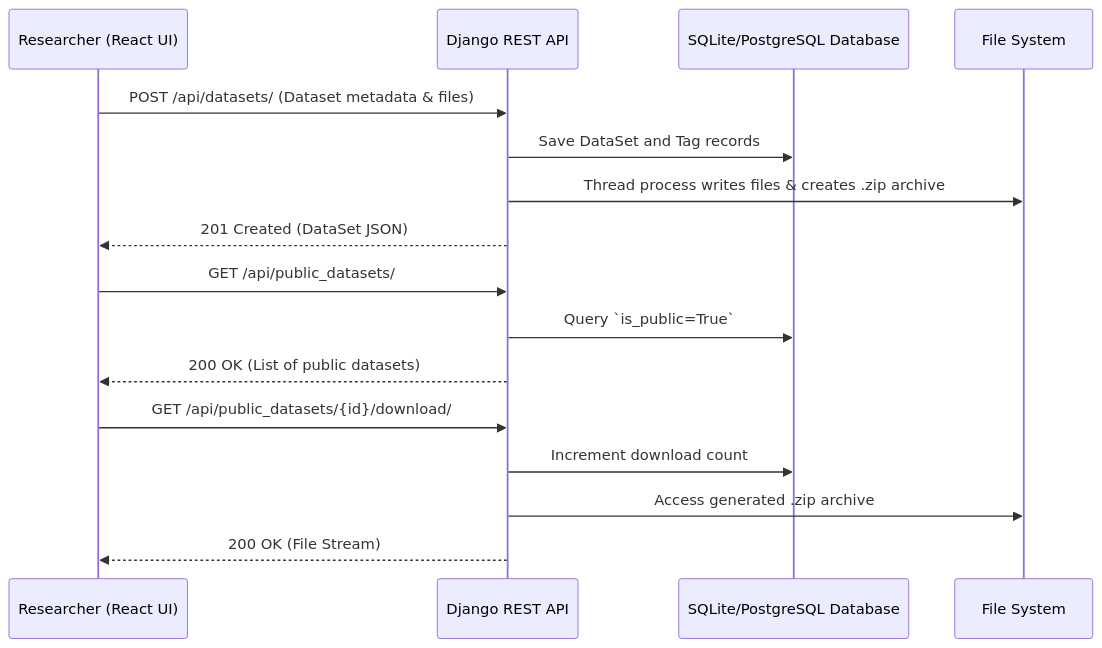
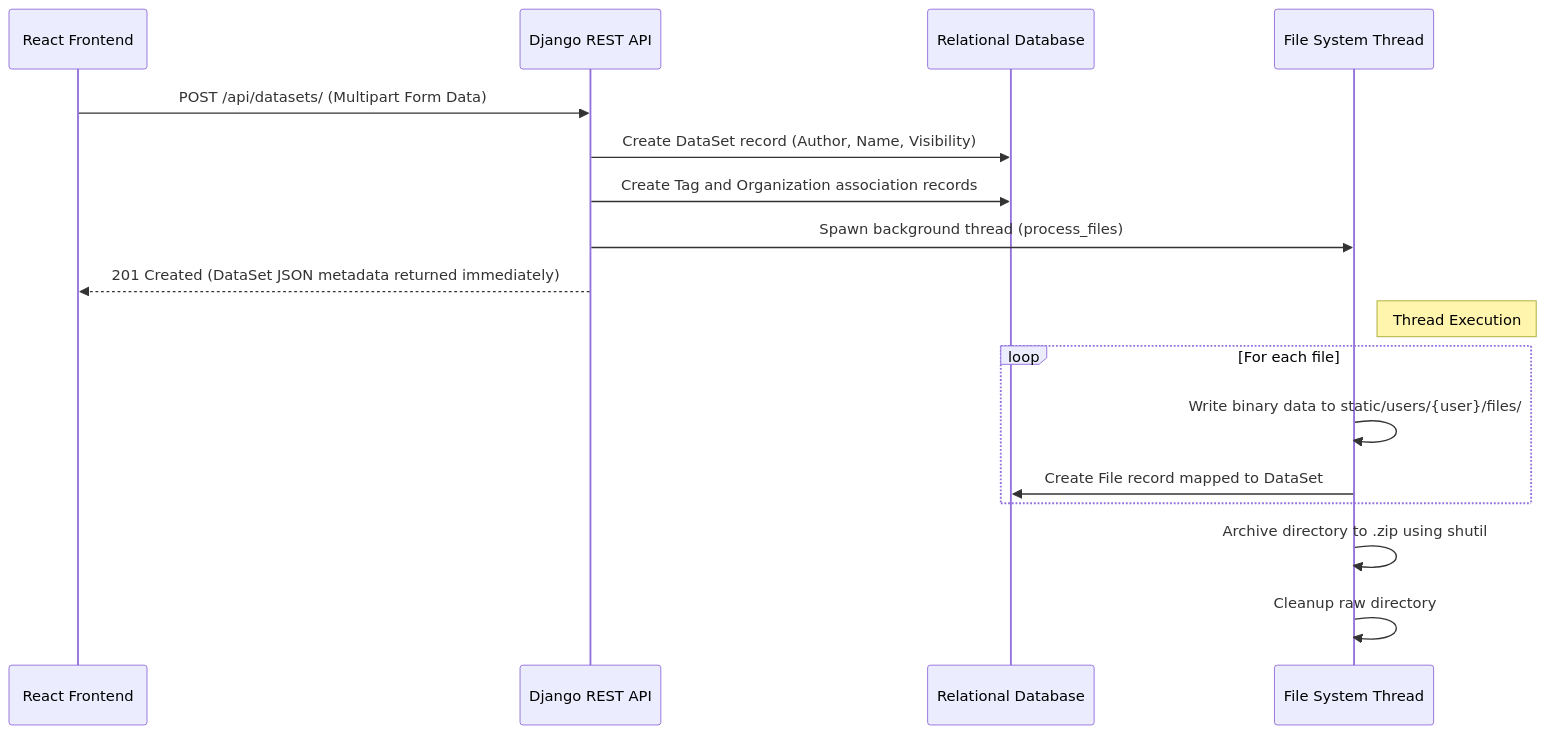
One commit to adhvaitaganesh/pharmadbank changed the first of 2 diagrams in report/MVP_Implementation_Report.md. Above: the diagram before and after it, drawn with Mermaid. The commit also changed other lines of this file, not shown here.

````diff
--- a/report/MVP_Implementation_Report.md
+++ b/report/MVP_Implementation_Report.md
@@ -61,21 +106,21 @@
 ```mermaid
 sequenceDiagram
-    participant Researcher as Researcher (React UI)
+    participant UI as React Frontend
     participant API as Django REST API
-    participant DB as SQLite/PostgreSQL Database
-    participant FS as File System
+    participant DB as Relational Database
+    participant FS as File System Thread
 
-    Researcher->>API: POST /api/datasets/ (Dataset metadata & files)
-    API->>DB: Save DataSet and Tag records
-    API->>FS: Thread process writes files & creates .zip archive
-    API-->>Researcher: 201 Created (DataSet JSON)
+    UI->>API: POST /api/datasets/ (Multipart Form Data)
+    API->>DB: Create DataSet record (Author, Name, Visibility)
+    API->>DB: Create Tag and Organization association records
+    API->>FS: Spawn background thread (process_files)
+    API-->>UI: 201 Created (DataSet JSON metadata returned immediately)
 
-    Researcher->>API: GET /api/public_datasets/
-    API->>DB: Query `is_public=True`
-    API-->>Researcher: 200 OK (List of public datasets)
-
-    Researcher->>API: GET /api/public_datasets/{id}/download/
-    API->>DB: Increment download count
-    API->>FS: Access generated .zip archive
-    API-->>Researcher: 200 OK (File Stream)
+    Note right of FS: Thread Execution
+    loop For each file
+        FS->>FS: Write binary data to static/users/{user}/files/
+        FS->>DB: Create File record mapped to DataSet
+    end
+    FS->>FS: Archive directory to .zip using shutil
+    FS->>FS: Cleanup raw directory
 ```
````
